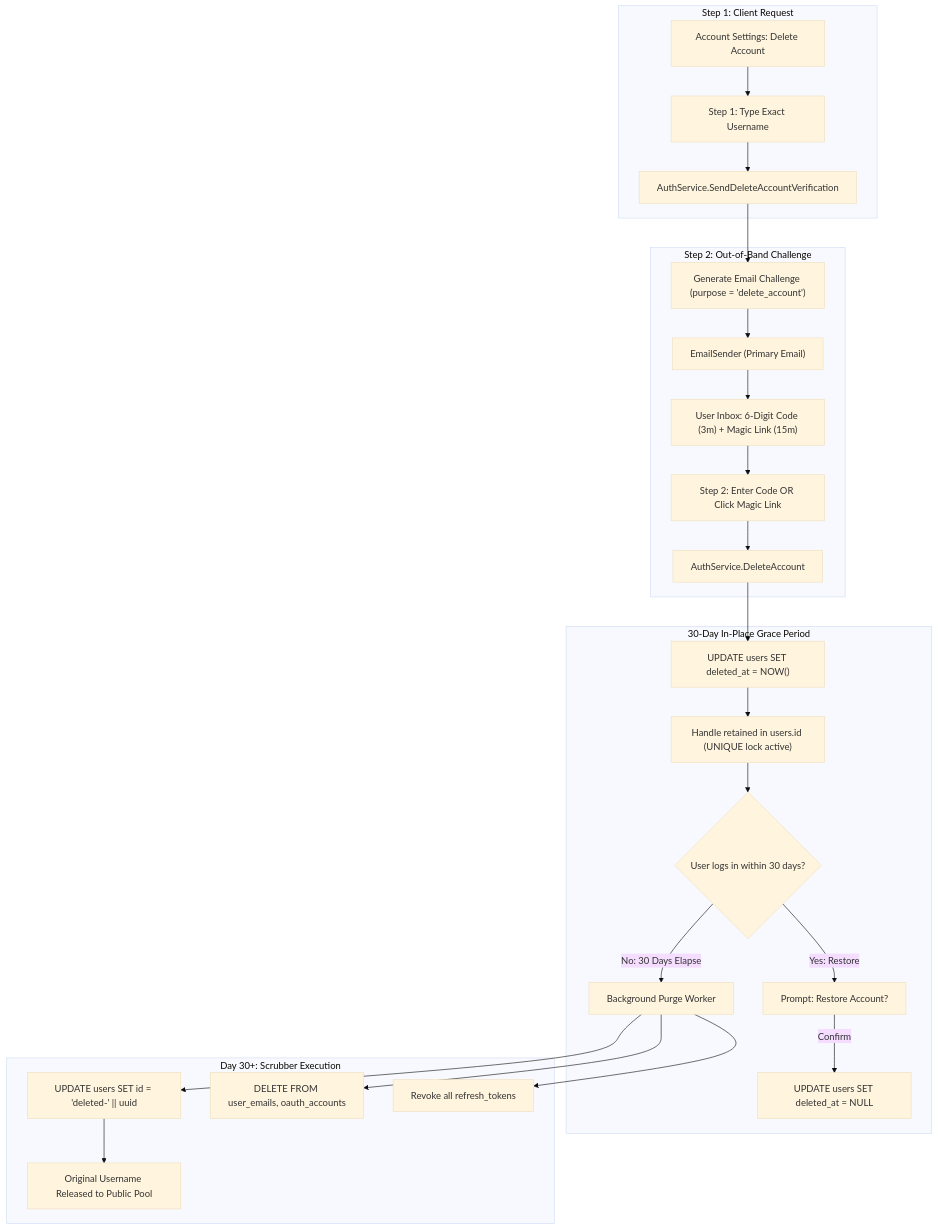
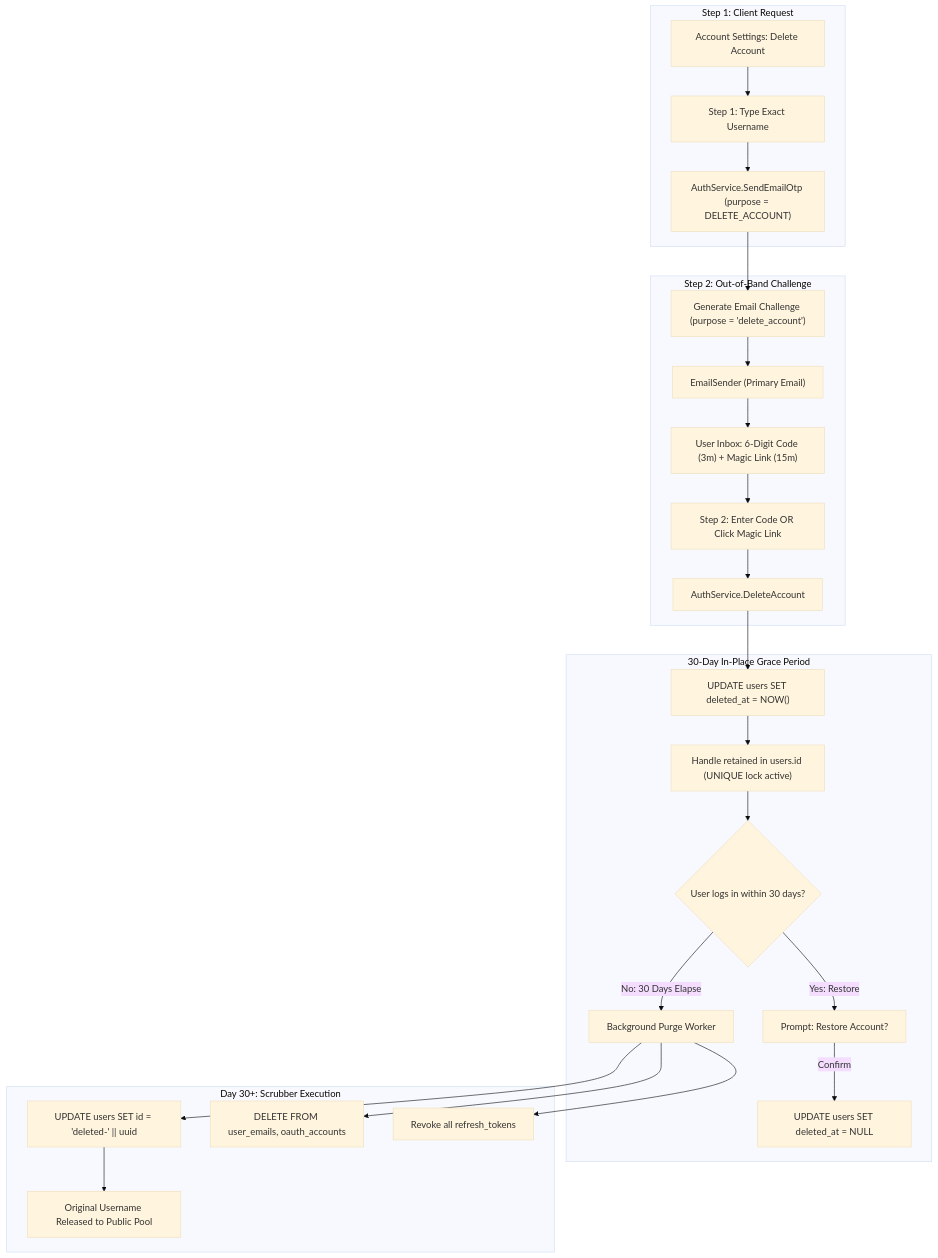
One commit to rohitramu/quadsmith changed the diagram in docs/plans/user_account_deletion.md. Above: the diagram before and after it, drawn with Mermaid (base theme). The commit also changed other lines of this file and 20 other files, not shown here.

First line of the commit message:
Unify email verification flows and fix GDPR download OTP dispatch

````diff
--- a/docs/plans/user_account_deletion.md
+++ b/docs/plans/user_account_deletion.md
@@ -71,31 +71,31 @@
 ```mermaid
 flowchart TD
     subgraph Step 1: Client Request
         UI["Account Settings: Delete Account"] --> Form["Step 1: Type Exact Username"]
-        Form --> API1["AuthService.SendDeleteAccountVerification"]
+        Form --> API1["AuthService.SendEmailOtp (purpose = DELETE_ACCOUNT)"]
     end
 
     subgraph Step 2: Out-of-Band Challenge
         API1 --> Challenge["Generate Email Challenge (purpose = 'delete_account')"]
         Challenge --> Dispatch["EmailSender (Primary Email)"]
         Dispatch --> Recipient["User Inbox: 6-Digit Code (3m) + Magic Link (15m)"]
         Recipient --> Confirm["Step 2: Enter Code OR Click Magic Link"]
         Confirm --> API2["AuthService.DeleteAccount"]
     end
 
     subgraph 30-Day In-Place Grace Period
         API2 --> SoftDel["UPDATE users SET deleted_at = NOW()"]
         SoftDel --> InPlace["Handle retained in users.id (UNIQUE lock active)"]
         InPlace --> LoginAttempt{"User logs in within 30 days?"}
         LoginAttempt -->|Yes: Restore| RestorePrompt["Prompt: Restore Account?"]
         RestorePrompt -->|Confirm| Resurrect["UPDATE users SET deleted_at = NULL"]
         LoginAttempt -->|No: 30 Days Elapse| Scrubber["Background Purge Worker"]
     end
 
     subgraph Day 30+: Scrubber Execution
         Scrubber --> Anonymize["UPDATE users SET id = 'deleted-' || uuid"]
         Scrubber --> WipeEmails["DELETE FROM user_emails, oauth_accounts"]
         Scrubber --> WipeSessions["Revoke all refresh_tokens"]
         Anonymize --> FreeHandle["Original Username Released to Public Pool"]
     end
 ```
````
